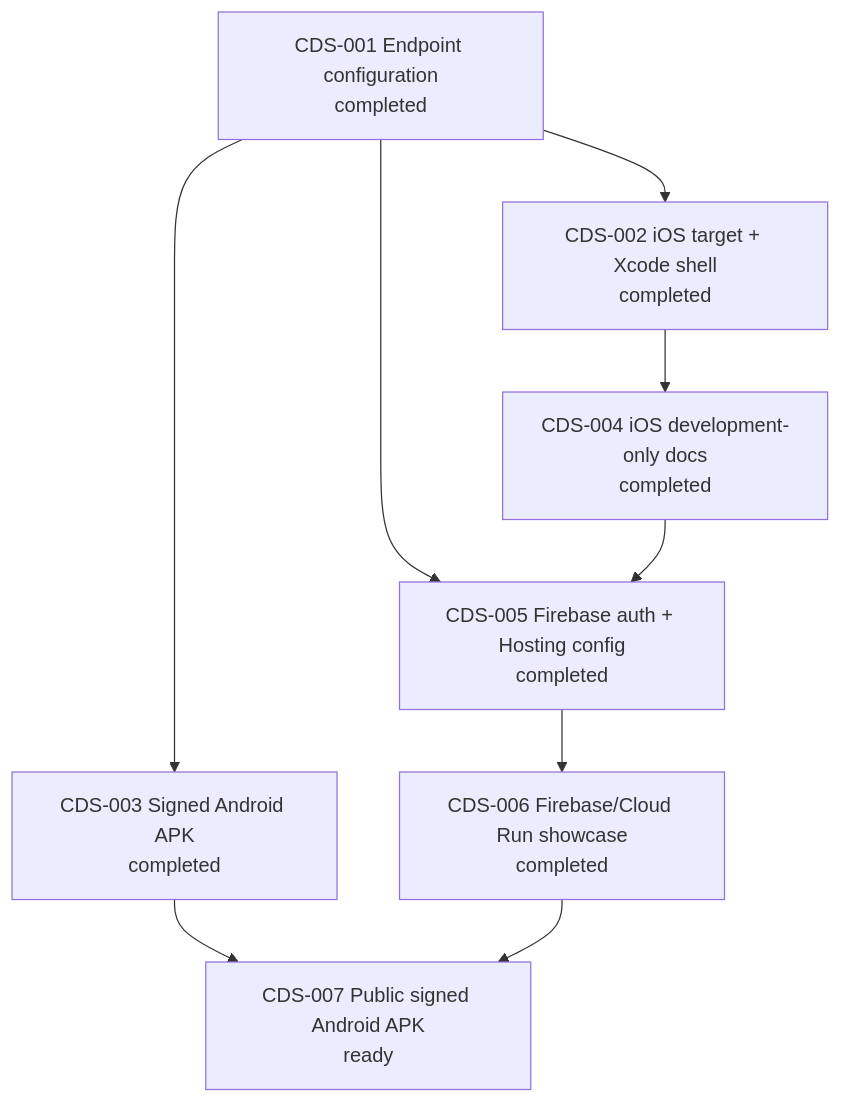
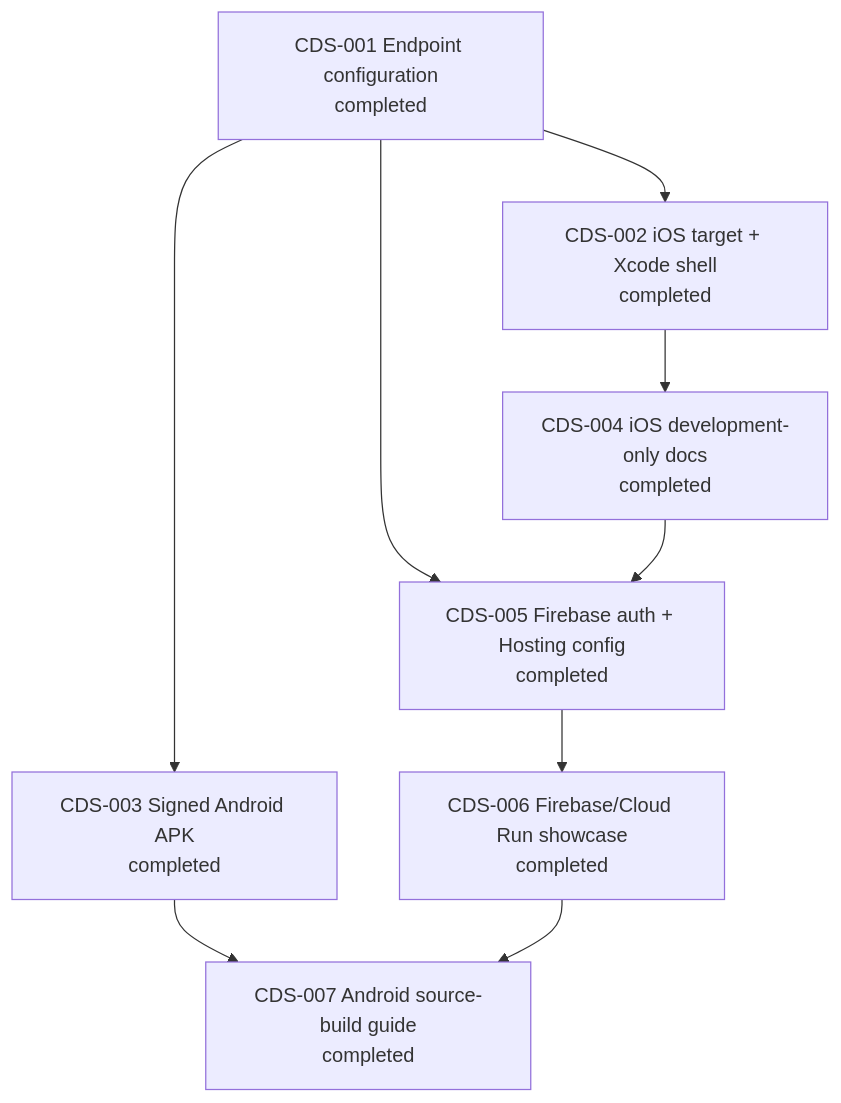
Before and after one commit to allenljf/algorithm-learning: the eighth of 8 diagrams in agent-workflow/WORK_GRAPH.md, drawn with Mermaid. The commit also changed other lines of this file and 7 other files, not shown here.

Commit message:
docs(client): switch Android showcase to source builds

````diff
--- a/agent-workflow/WORK_GRAPH.md
+++ b/agent-workflow/WORK_GRAPH.md
@@ -181,19 +181,19 @@
 ```mermaid
 flowchart TD
   D1[CDS-001 Endpoint configuration\ncompleted]
   D2[CDS-002 iOS target + Xcode shell\ncompleted]
   D3[CDS-003 Signed Android APK\ncompleted]
   D4[CDS-004 iOS development-only docs\ncompleted]
   D5[CDS-005 Firebase auth + Hosting config\ncompleted]
   D6[CDS-006 Firebase/Cloud Run showcase\ncompleted]
-  D7[CDS-007 Public signed Android APK\nready]
+  D7[CDS-007 Android source-build guide\ncompleted]
 
   D1 --> D2
   D1 --> D3
   D2 --> D4
   D1 --> D5
   D4 --> D5
   D5 --> D6
   D3 --> D7
   D6 --> D7
 ```
````
